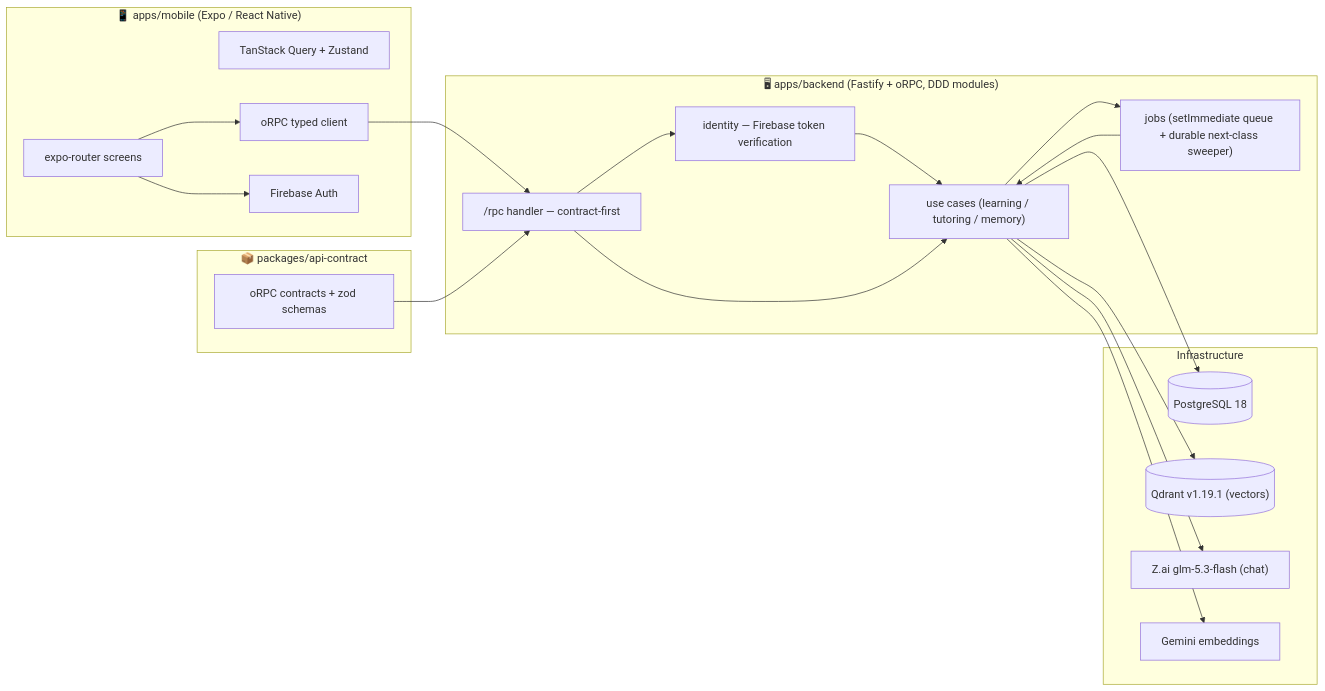
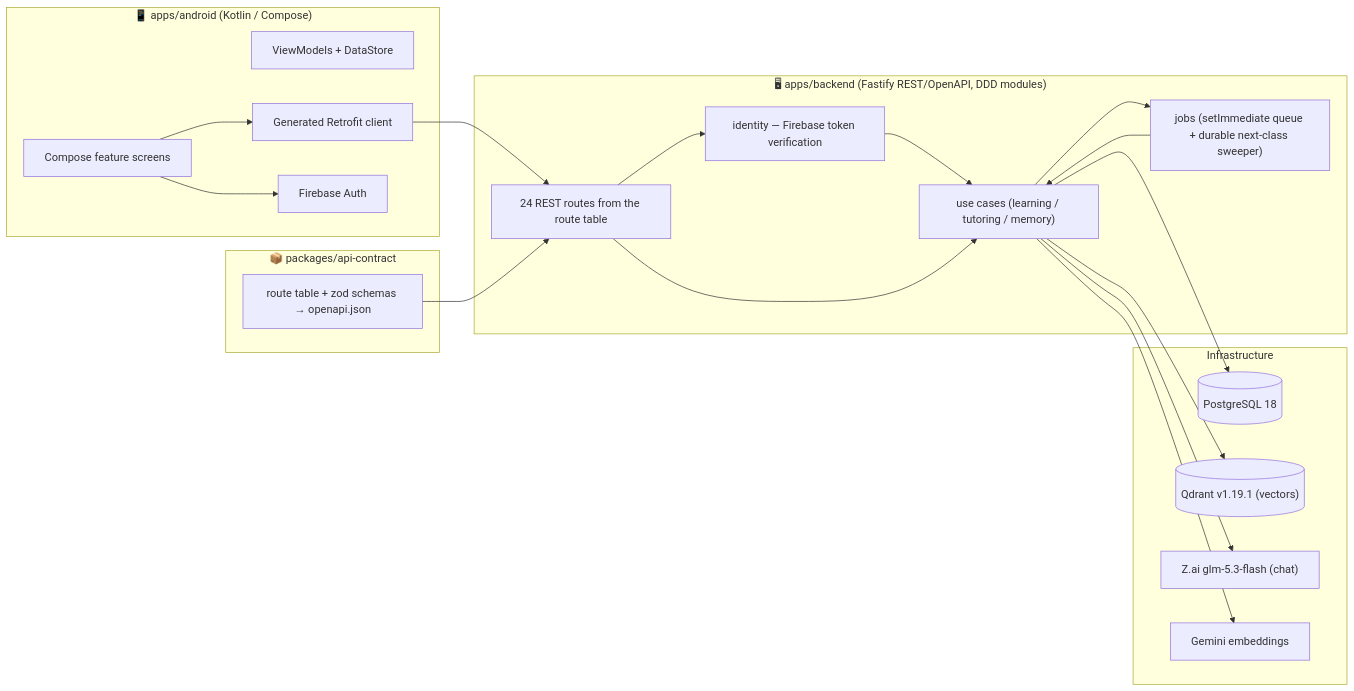
The first of 2 diagrams in knowledge-base/ARCHITECTURE.md (IAmPavelDev/axonpath), drawn with Mermaid before and after one commit. The commit also changed other lines of this file and 52 other files, not shown here.

First line of the commit message:
feat(api): replaced oRPC contracts with OpenAPI-generated REST contracts

````diff
--- a/knowledge-base/ARCHITECTURE.md
+++ b/knowledge-base/ARCHITECTURE.md
@@ -36,38 +40,38 @@
 ```mermaid
 flowchart LR
-    subgraph Mobile["📱 apps/mobile (Expo / React Native)"]
-        M[expo-router screens]
-        Q[TanStack Query + Zustand]
-        RPC[oRPC typed client]
+    subgraph Mobile["📱 apps/android (Kotlin / Compose)"]
+        M[Compose feature screens]
+        Q[ViewModels + DataStore]
+        RPC[Generated Retrofit client]
         FBM[Firebase Auth]
     end
 
-    subgraph Backend["🖥 apps/backend (Fastify + oRPC, DDD modules)"]
-        API["/rpc handler — contract-first"]
+    subgraph Backend["🖥 apps/backend (Fastify REST/OpenAPI, DDD modules)"]
+        API["24 REST routes from the route table"]
         AUTH["identity — Firebase token verification"]
         UC["use cases (learning / tutoring / memory)"]
         JOBS["jobs (setImmediate queue + durable next-class sweeper)"]
     end
 
     subgraph Shared["📦 packages/api-contract"]
-        CONTRACTS["oRPC contracts + zod schemas"]
+        CONTRACTS["route table + zod schemas → openapi.json"]
     end
 
     subgraph Infra["Infrastructure"]
         DB[("PostgreSQL 18")]
         QD[("Qdrant v1.19.1 (vectors)")]
         ZAI["Z.ai glm-5.3-flash (chat)"]
         GEM["Gemini embeddings"]
     end
 
     M --> FBM
     M --> RPC --> API
     CONTRACTS --> API
     API --> AUTH --> UC
     API --> UC
     UC --> JOBS --> UC
     UC --> DB
     UC --> QD
     UC --> ZAI
     UC --> GEM
 ```
````
